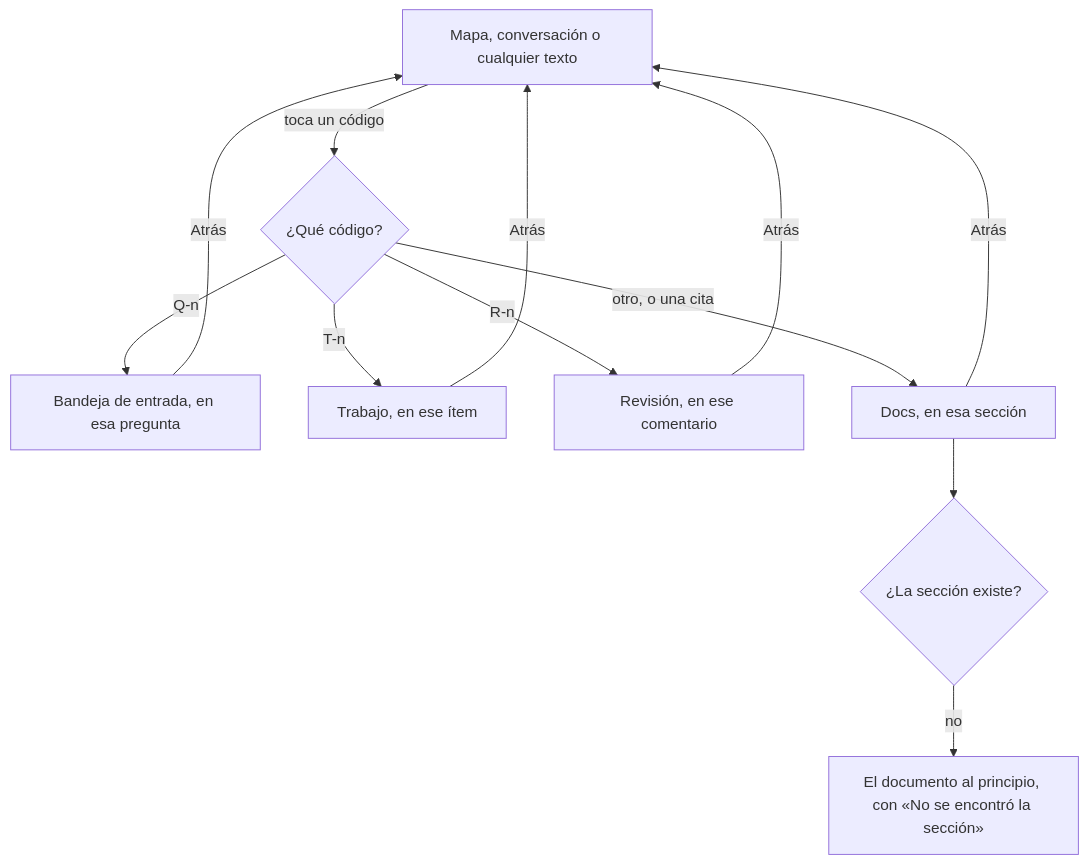
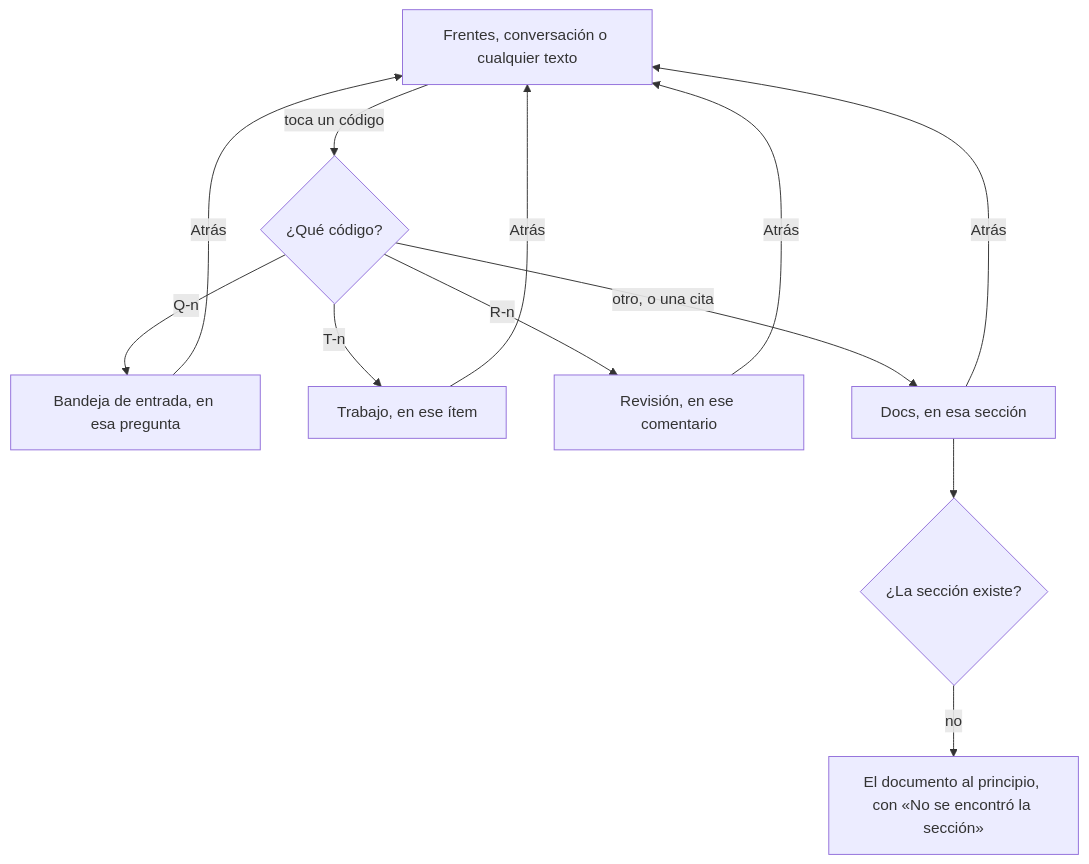
The fourth of 9 diagrams in docs/04-ux.md (LlanosLautaro/Iridium), drawn with Mermaid before and after one commit. The commit also changed other lines of this file and 12 other files, not shown here.

````diff
--- a/docs/04-ux.md
+++ b/docs/04-ux.md
@@ -236,11 +236,11 @@
 ```mermaid
 flowchart TD
-  A[Mapa, conversación o cualquier texto] -->|toca un código| B{¿Qué código?}
+  A[Frentes, conversación o cualquier texto] -->|toca un código| B{¿Qué código?}
   B -->|Q-n| C[Bandeja de entrada, en esa pregunta]
   B -->|T-n| D[Trabajo, en ese ítem]
   B -->|R-n| E[Revisión, en ese comentario]
   B -->|otro, o una cita| F[Docs, en esa sección]
   F --> G{¿La sección existe?}
   G -->|no| H[El documento al principio, con «No se encontró la sección»]
   C & D & E & F -->|Atrás| A
 ```
````
